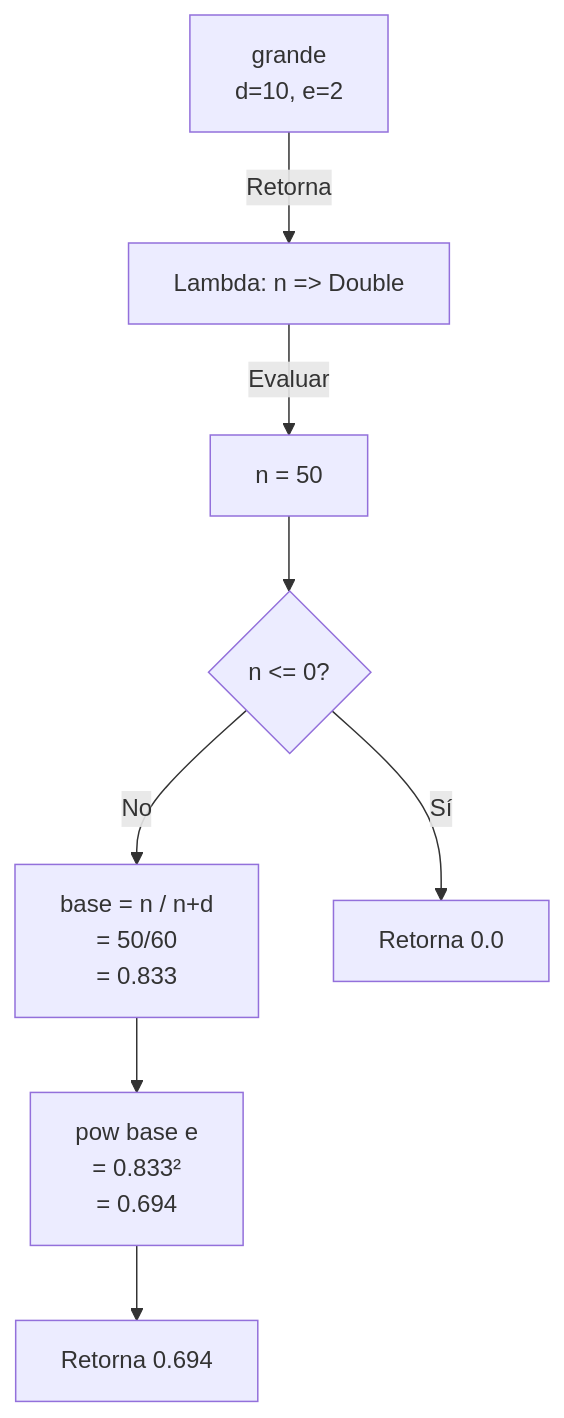
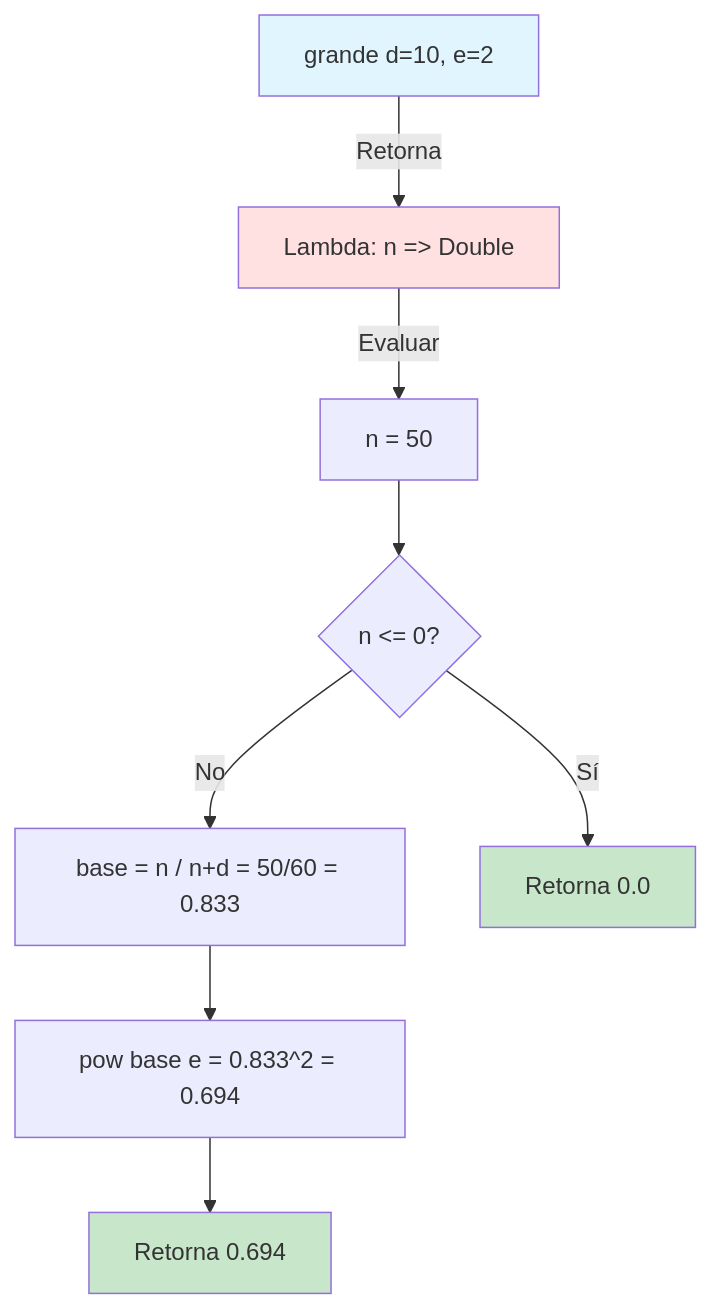
The first of 3 diagrams in docs/Proceso.md (2025-II-PFC-FLP/taller-2-pfc-2025-ii-la-doble-n-y-su-1-2-0), drawn with Mermaid before and after one commit. The commit also changed other lines of this file, not shown here.

````diff
--- a/docs/Proceso.md
+++ b/docs/Proceso.md
@@ -116,16 +116,14 @@
 ```mermaid
 graph TD
-A[grande
-d=10, e=2] -->|Retorna| B[Lambda: n => Double]
+A[grande d=10, e=2] -->|Retorna| B[Lambda: n => Double]
 B -->|Evaluar| C[n = 50]
 C --> D{n <= 0?}
-D -->|No| E[base = n / n+d
-= 50/60
-= 0.833]
-E --> F[pow base e
-= 0.833²
-= 0.694]
+D -->|No| E[base = n / n+d = 50/60 = 0.833]
+E --> F[pow base e = 0.833^2 = 0.694]
 F --> G[Retorna 0.694]
 D -->|Sí| H[Retorna 0.0]
-
+style A fill:#e1f5ff
+style B fill:#ffe1e1
+style G fill:#c8e6c9
+style H fill:#c8e6c9
 ```
````
